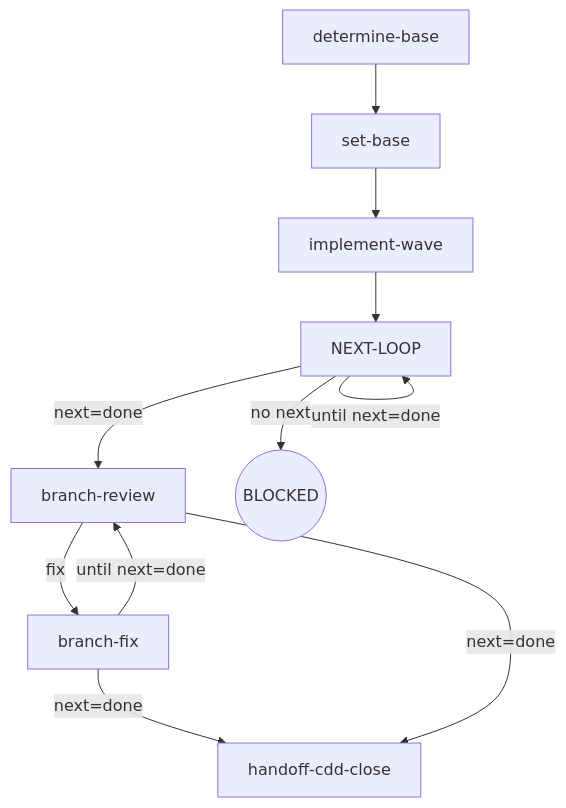
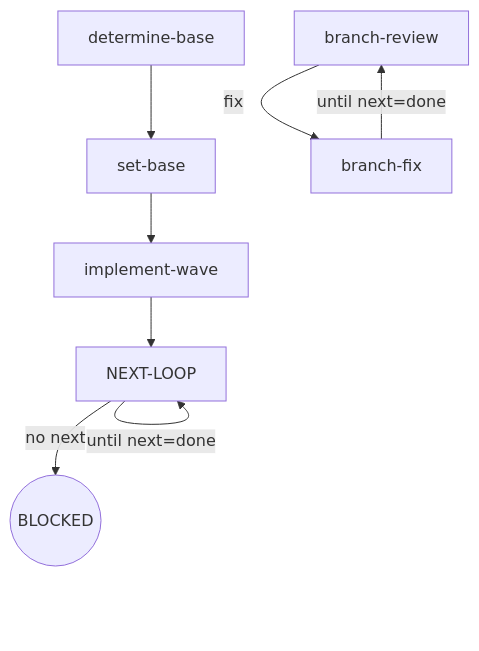
One commit to Oscaner/skills changed the diagram in packages/kairos/skills/cdd-dev/SKILL.md. Above: the diagram before and after it, drawn with Mermaid. The commit also changed other lines of this file and 25 other files, not shown here.

First line of the commit message:
feat(engine)+feat(kairos): P8 wave 1,2,3,6 — plan-graph 退役 + slug 节点树基建 + PIPELINE_NEXT 统一 next 面 + skills handoff 溶解

````diff
--- a/packages/kairos/skills/cdd-dev/SKILL.md
+++ b/packages/kairos/skills/cdd-dev/SKILL.md
@@ -14,13 +14,10 @@
 ```mermaid
 flowchart TD
   A[determine-base] --> B[set-base]
   B --> C[implement-wave]
   C --> L[NEXT-LOOP]
   L -->|until next=done| L
-  L -->|next=done| K[branch-review]
   L -->|no next| Z1((BLOCKED))
-  K -->|fix| F[branch-fix]
+  K[branch-review] -->|fix| F[branch-fix]
   F -->|until next=done| K
-  F -->|next=done| H[handoff-cdd-close]
-  K -->|next=done| H[handoff-cdd-close]
 ```
````
